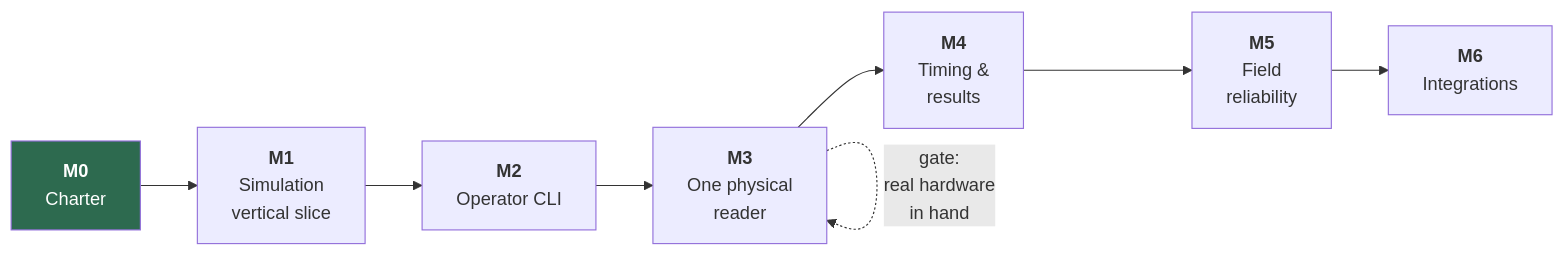
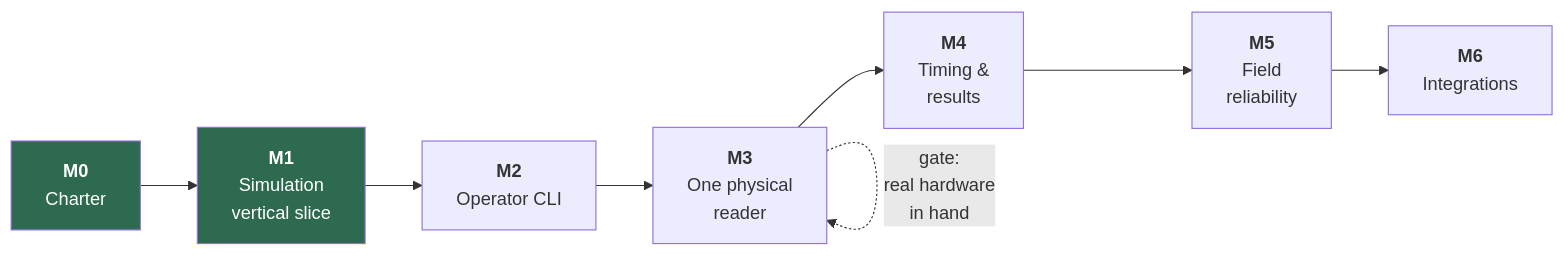
Before and after one commit to truppelli/splitforge: the diagram in docs/roadmap.md, drawn with Mermaid. The commit also changed other lines of this file and 55 other files, not shown here.

````diff
--- a/docs/roadmap.md
+++ b/docs/roadmap.md
@@ -7,12 +7,13 @@
 ```mermaid
 flowchart LR
     M0["<b>M0</b><br/>Charter"] --> M1["<b>M1</b><br/>Simulation<br/>vertical slice"]
     M1 --> M2["<b>M2</b><br/>Operator CLI"]
     M2 --> M3["<b>M3</b><br/>One physical<br/>reader"]
     M3 --> M4["<b>M4</b><br/>Timing &<br/>results"]
     M4 --> M5["<b>M5</b><br/>Field<br/>reliability"]
     M5 --> M6["<b>M6</b><br/>Integrations"]
 
     M3 -.->|"gate:<br/>real hardware<br/>in hand"| M3
     style M0 fill:#2d6a4f,color:#fff
+    style M1 fill:#2d6a4f,color:#fff
 ```
````
